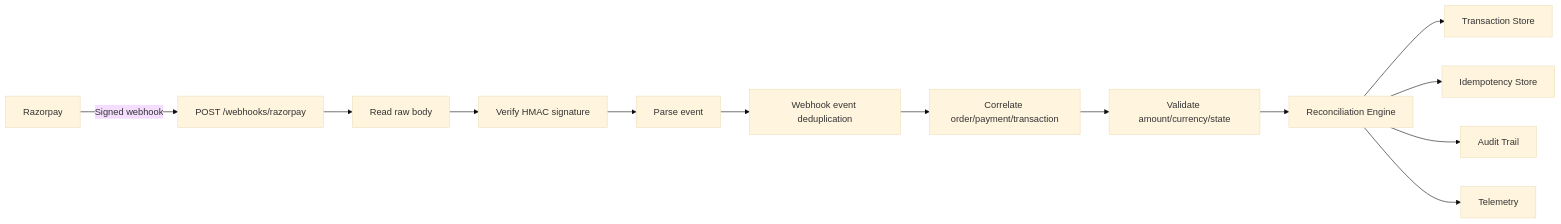
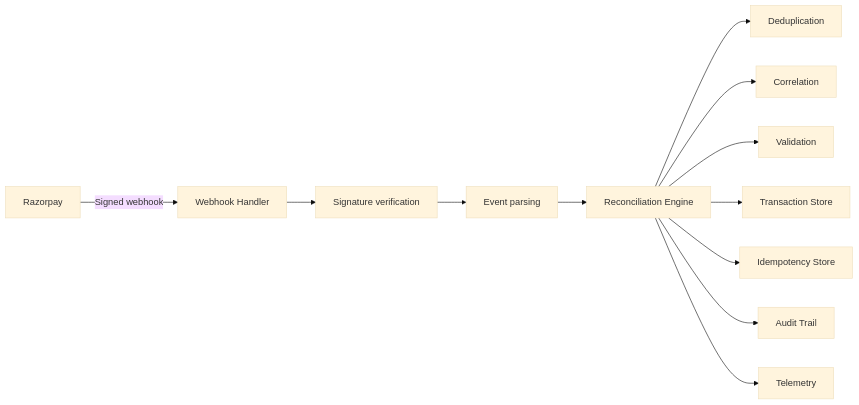
The fourth of 5 diagrams in README.md (31groot/agentshield), drawn with Mermaid (base theme) before and after one commit. The commit also changed other lines of this file, not shown here.

````diff
--- a/README.md
+++ b/README.md
@@ -584,15 +587,14 @@
 ```mermaid
 flowchart LR
-    RZ[Razorpay] -->|Signed webhook| API[POST /webhooks/razorpay]
-    API --> RAW[Read raw body]
-    RAW --> SIG[Verify HMAC signature]
-    SIG --> PARSE[Parse event]
-    PARSE --> DEDUP[Webhook event deduplication]
-    DEDUP --> CORRELATE[Correlate order/payment/transaction]
-    CORRELATE --> VALIDATE[Validate amount/currency/state]
-    VALIDATE --> RECON[Reconciliation Engine]
+    RZ[Razorpay] -->|Signed webhook| WH[Webhook Handler]
+    WH --> SIG[Signature verification]
+    SIG --> PARSE[Event parsing]
+    PARSE --> RECON[Reconciliation Engine]
+    RECON --> DEDUP[Deduplication]
+    RECON --> CORRELATE[Correlation]
+    RECON --> VALIDATE[Validation]
     RECON --> TXN[Transaction Store]
     RECON --> IDEMP[Idempotency Store]
     RECON --> AUDIT[Audit Trail]
     RECON --> TEL[Telemetry]
 ```
````
